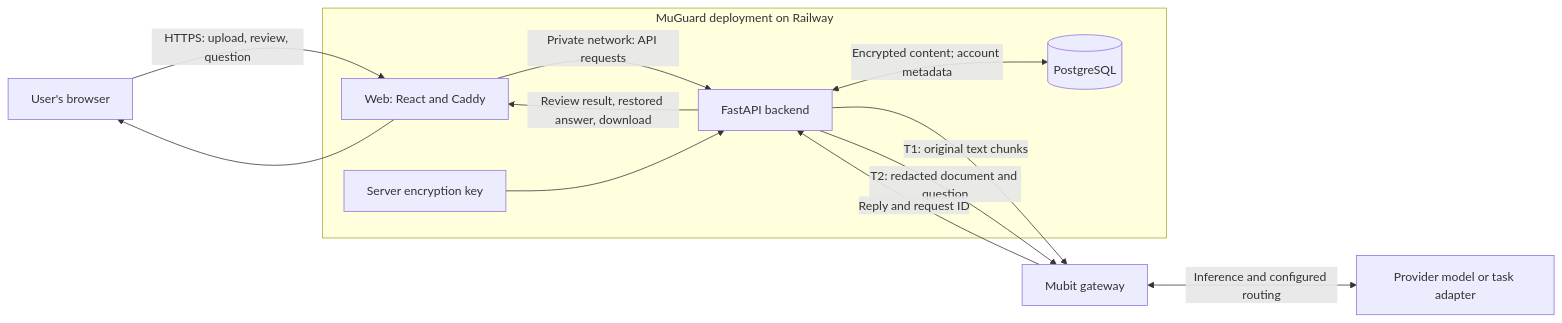
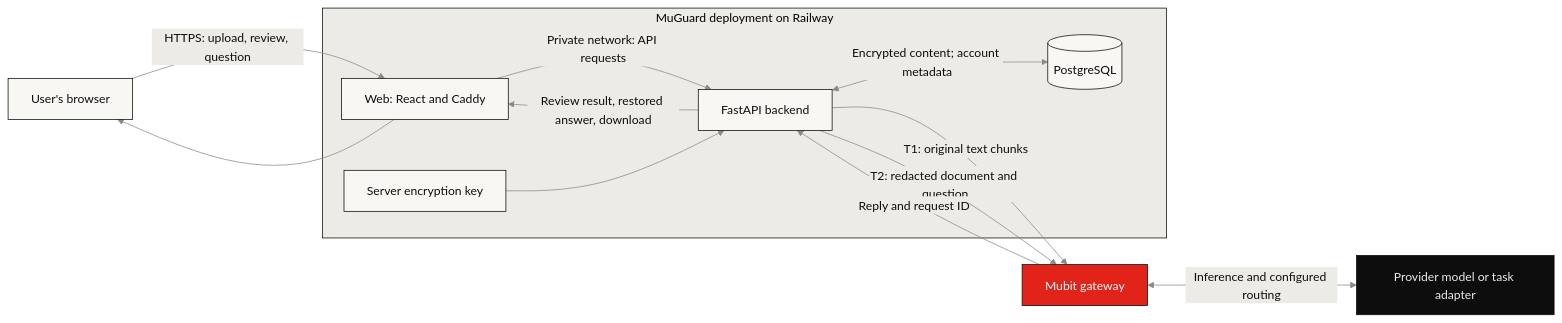
One commit to kolyamkl/night-shift changed the first of 3 diagrams in docs/ARCHITECTURE.md. Above: the diagram before and after it, drawn with Mermaid. The commit also changed other lines of this file and 9 other files, not shown here.

Commit message:
Docs: diagrams in the README's style, a backend layers picture

````diff
--- a/docs/ARCHITECTURE.md
+++ b/docs/ARCHITECTURE.md
@@ -12,15 +12,20 @@
 ```mermaid
+%%{init: {"theme": "base", "themeVariables": {"fontFamily": "ui-monospace, SFMono-Regular, Menlo, monospace", "primaryColor": "#f8f7f3", "primaryTextColor": "#0d0d0d", "primaryBorderColor": "#0d0d0d", "lineColor": "#8b8a85", "clusterBkg": "#ecebe5", "clusterBorder": "#0d0d0d", "edgeLabelBackground": "#ecebe5"}}}%%
 flowchart LR
     U["User's browser"] -->|"HTTPS: upload, review, question"| W["Web: React and Caddy"]
     subgraph V["MuGuard deployment on Railway"]
         W -->|"Private network: API requests"| B["FastAPI backend"]
         B <-->|"Encrypted content; account metadata"| D[("PostgreSQL")]
         K["Server encryption key"] --> B
     end
     B -->|"T1: original text chunks"| M["Mubit gateway"]
     B -->|"T2: redacted document and question"| M
     M <-->|"Inference and configured routing"| P["Provider model or task adapter"]
     M -->|"Reply and request ID"| B
     B -->|"Review result, restored answer, download"| W
     W --> U
+    classDef mubit fill:#e2231a,stroke:#0d0d0d,color:#ffffff
+    classDef ink fill:#0d0d0d,stroke:#0d0d0d,color:#ecebe5
+    class M mubit
+    class P ink
 ```
````
